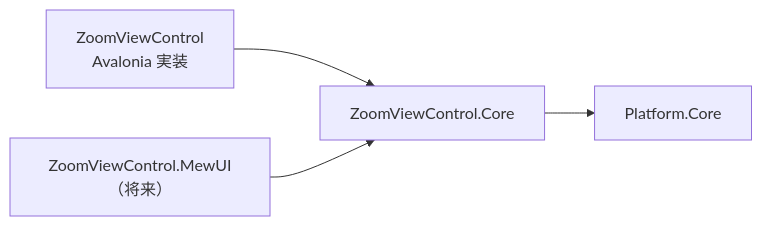
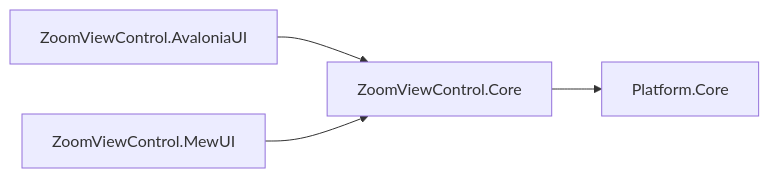
One commit to tomokuni/SaveEvidence changed the first of 2 diagrams in src/ZoomViewControl.Core/SPEC_System.md. Above: the diagram before and after it, drawn with Mermaid. The commit also changed other lines of this file and 226 other files, not shown here.

````diff
--- a/src/ZoomViewControl.Core/SPEC_System.md
+++ b/src/ZoomViewControl.Core/SPEC_System.md
@@ -15,6 +15,6 @@
 ```mermaid
 graph LR
-  A[ZoomViewControl<br/>Avalonia 実装] --> B[ZoomViewControl.Core]
-  C["ZoomViewControl.MewUI（将来）"] --> B
+  A[ZoomViewControl.AvaloniaUI] --> B[ZoomViewControl.Core]
+  C[ZoomViewControl.MewUI] --> B
   B --> D[Platform.Core]
 ```
````
